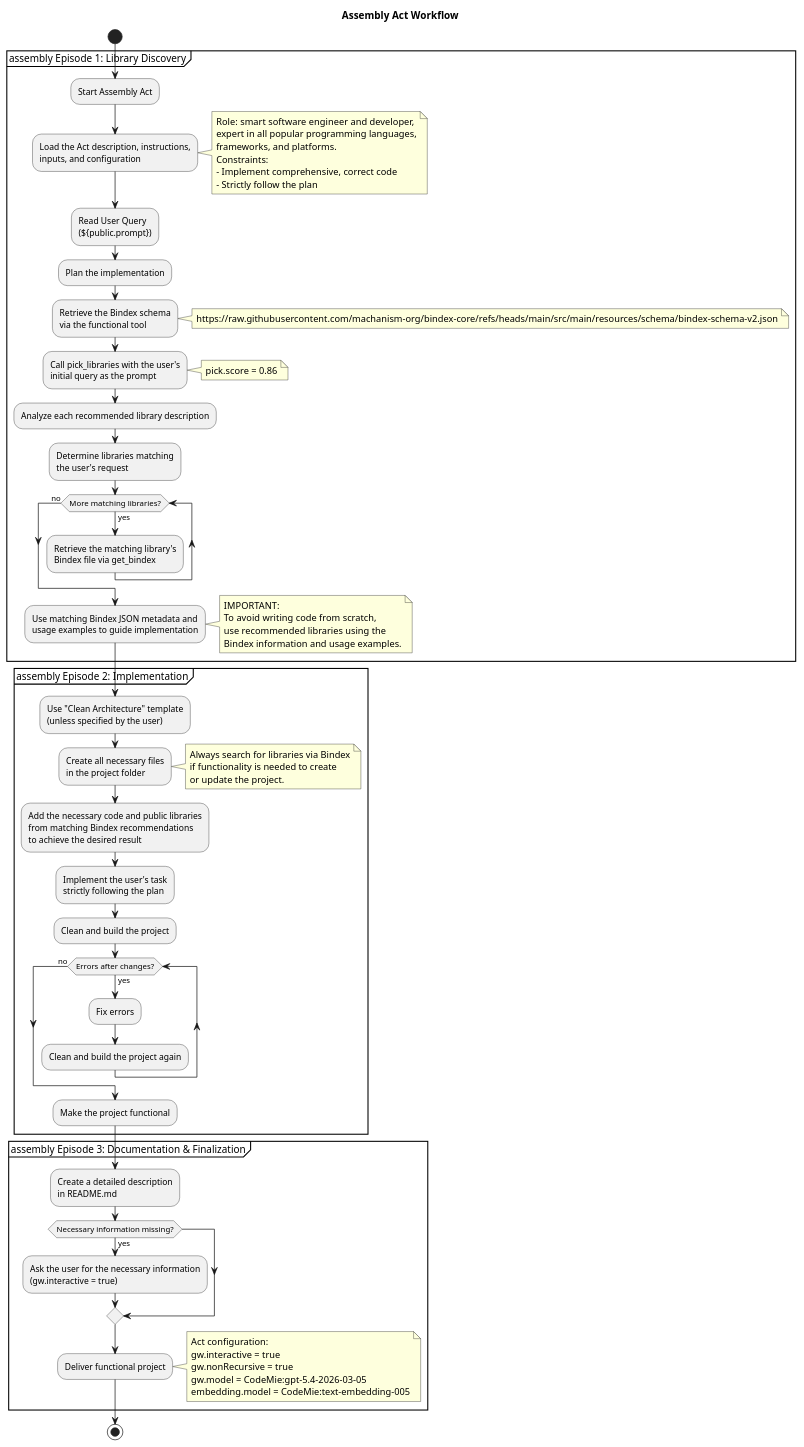
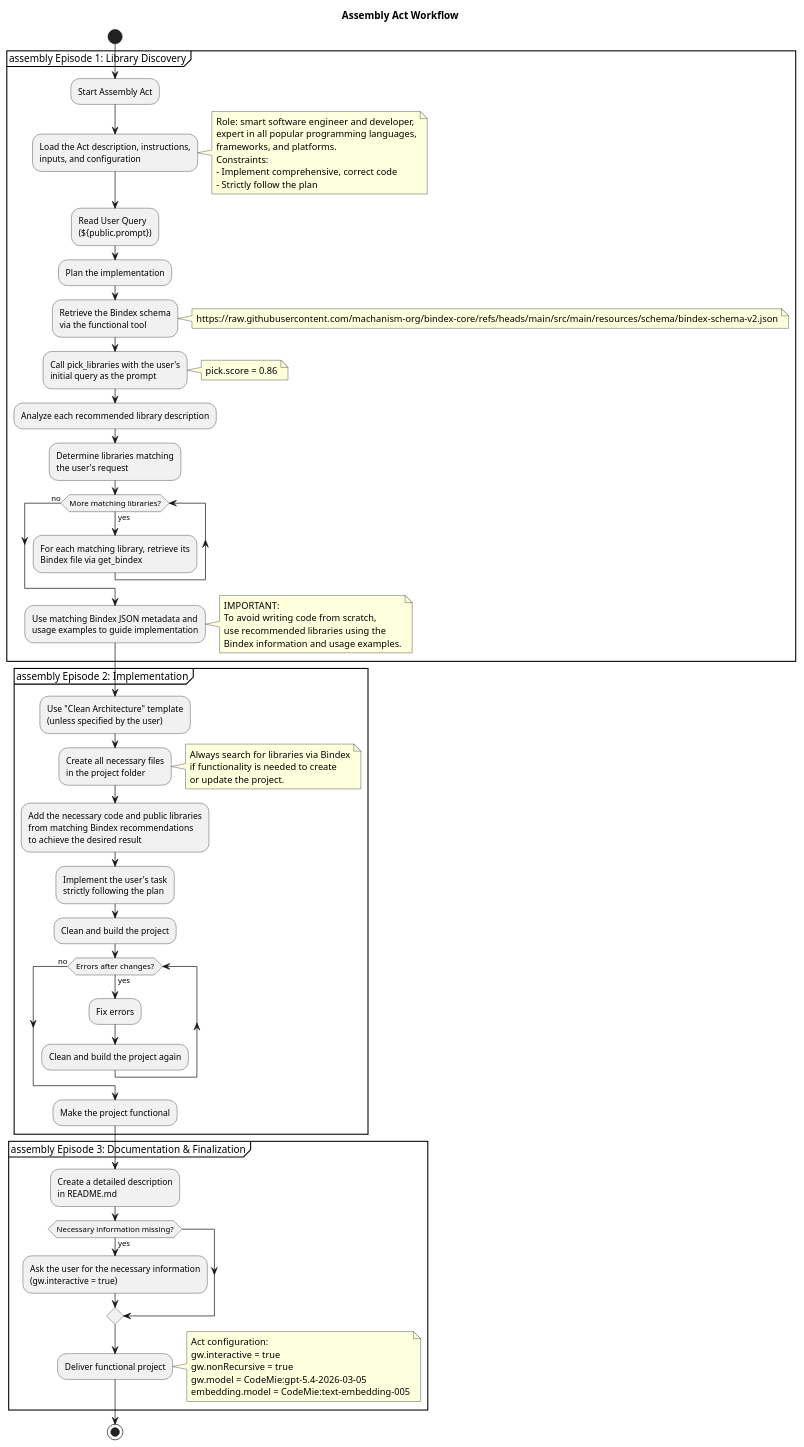
Before and after one commit to machanism-org/bindex-core: the diagram in src/site/puml/assembly-act-workflow.puml, drawn with PlantUML. The commit also changed 2 other files, not shown here.

```diff
--- a/src/site/puml/assembly-act-workflow.puml
+++ b/src/site/puml/assembly-act-workflow.puml
@@ -5,77 +5,77 @@
 @startuml assembly-workflow
 
 title Assembly Act Workflow
 
 start
 
 partition "assembly Episode 1: Library Discovery" {
   :Start Assembly Act;
   :Load the Act description, instructions,\ninputs, and configuration;
   note right
     Role: smart software engineer and developer,
     expert in all popular programming languages,
     frameworks, and platforms.
     Constraints:
     - Implement comprehensive, correct code
     - Strictly follow the plan
   end note
   :Read User Query\n(${public.prompt});
   :Plan the implementation;
   :Retrieve the Bindex schema\nvia the functional tool;
   note right
     https://raw.githubusercontent.com/machanism-org/bindex-core/refs/heads/main/src/main/resources/schema/bindex-schema-v2.json
   end note
   :Call pick_libraries with the user's\ninitial query as the prompt;
   note right
     pick.score = 0.86
   end note
   :Analyze each recommended library description;
   :Determine libraries matching\nthe user's request;
   while (More matching libraries?) is (yes)
-    :Retrieve the matching library's\nBindex file via get_bindex;
+    :For each matching library, retrieve its\nBindex file via get_bindex;
   endwhile (no)
   :Use matching Bindex JSON metadata and\nusage examples to guide implementation;
   note right
     IMPORTANT:
     To avoid writing code from scratch,
     use recommended libraries using the
     Bindex information and usage examples.
   end note
 }
 
 partition "assembly Episode 2: Implementation" {
   :Use "Clean Architecture" template\n(unless specified by the user);
   :Create all necessary files\nin the project folder;
   note right
     Always search for libraries via Bindex
     if functionality is needed to create
     or update the project.
   end note
   :Add the necessary code and public libraries\nfrom matching Bindex recommendations\nto achieve the desired result;
   :Implement the user's task\nstrictly following the plan;
   :Clean and build the project;
   while (Errors after changes?) is (yes)
     :Fix errors;
     :Clean and build the project again;
   endwhile (no)
   :Make the project functional;
 }
 
 partition "assembly Episode 3: Documentation & Finalization" {
   :Create a detailed description\nin README.md;
   if (Necessary information missing?) then (yes)
     :Ask the user for the necessary information\n(gw.interactive = true);
   endif
   :Deliver functional project;
   note right
     Act configuration:
     gw.interactive = true
     gw.nonRecursive = true
     gw.model = CodeMie:gpt-5.4-2026-03-05
     embedding.model = CodeMie:text-embedding-005
   end note
 }
 
 stop
 
 @enduml
```
